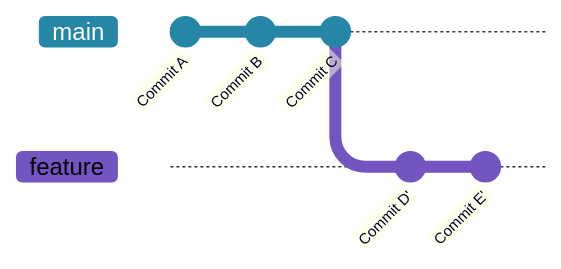
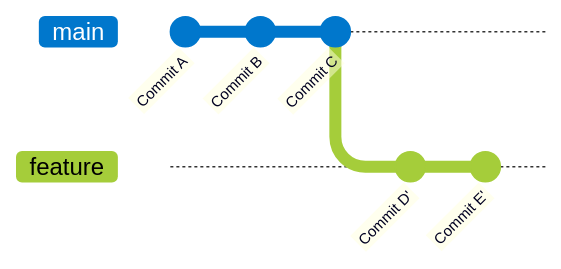
Before and after one commit to ACCESS-NRI/ACCESS-Hive-Docs: the fourth of 4 diagrams in docs/getting_started/essential_git.md, drawn with Mermaid. The commit also changed other lines of this file, not shown here.

Commit message:
Changed git diagrams color

````diff
--- a/docs/getting_started/essential_git.md
+++ b/docs/getting_started/essential_git.md
@@ -259,10 +259,10 @@
 ```mermaid
-%%{init: {"themeVariables": {"git0": "#2586A6", "git1": "#7354C0"}}}%%
+%%{init: {"themeVariables": {"git0": "#0077CC", "git1": "#A5CD3A"}}}%%
 gitGraph
     commit id: "Commit A"
     commit id: "Commit B"
     commit id: "Commit C"
     branch feature
     commit id: "Commit D'"
     commit id: "Commit E'"
 ```
````
